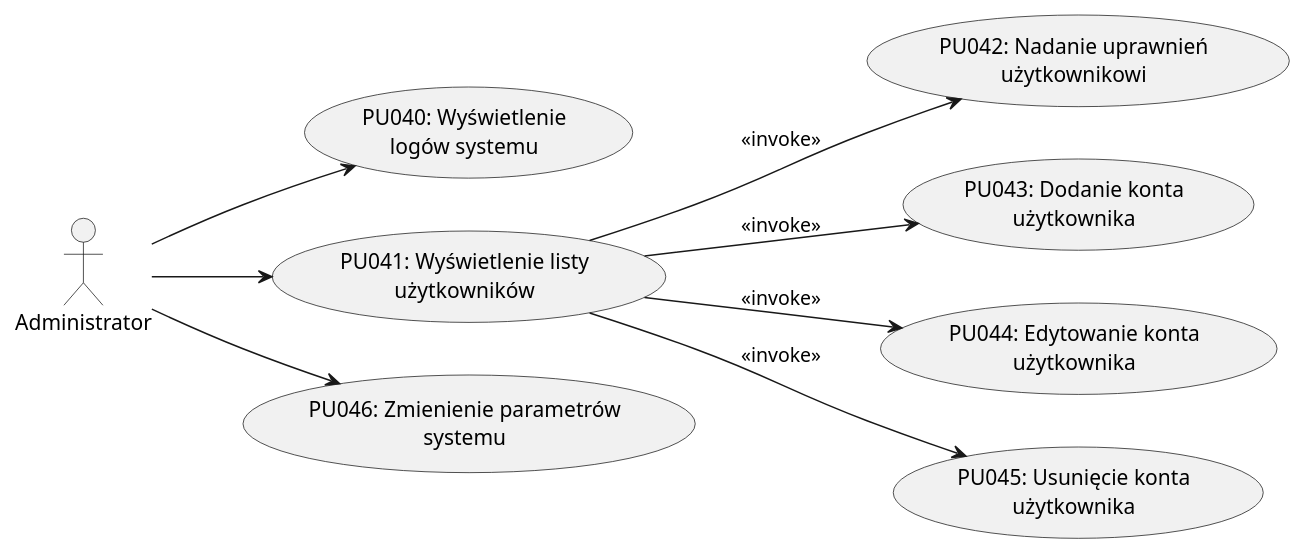
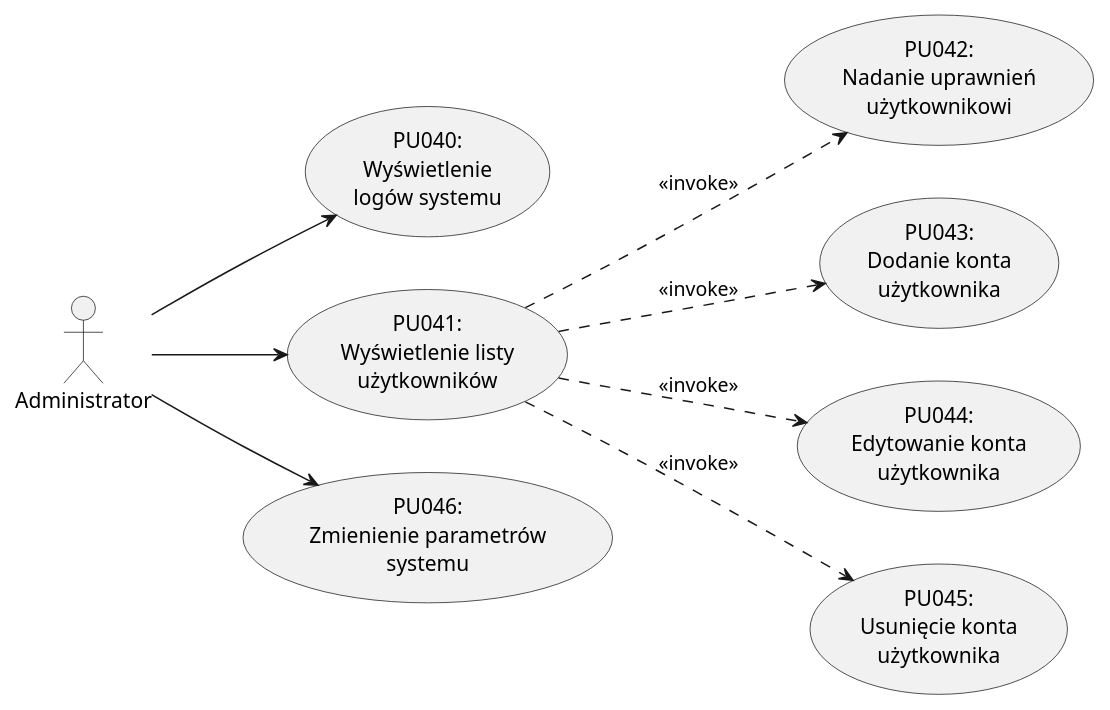
One commit to kokolodziejska/IWO changed the diagram in 4. Diagramy Przypadkow/Administrator.puml. Above: the diagram before and after it, drawn with PlantUML. The commit also changed 6 other files, not shown here.

```diff
--- a/4. Diagramy Przypadkow/Administrator.puml
+++ b/4. Diagramy Przypadkow/Administrator.puml
@@ -1,23 +1,23 @@
 @startuml Administrator
 left to right direction
 
 actor "Administrator" as Admin
 
-usecase "PU040: Wyświetlenie\nlogów systemu" as PU040
-usecase "PU041: Wyświetlenie listy\nużytkowników" as PU041
-usecase "PU042: Nadanie uprawnień\nużytkownikowi" as PU042
-usecase "PU043: Dodanie konta\nużytkownika" as PU043
-usecase "PU044: Edytowanie konta\nużytkownika" as PU044
-usecase "PU045: Usunięcie konta\nużytkownika" as PU045
-usecase "PU046: Zmienienie parametrów\nsystemu" as PU046
+usecase "PU040:\nWyświetlenie\nlogów systemu" as PU040
+usecase "PU041:\nWyświetlenie listy\nużytkowników" as PU041
+usecase "PU042:\nNadanie uprawnień\nużytkownikowi" as PU042
+usecase "PU043:\nDodanie konta\nużytkownika" as PU043
+usecase "PU044:\nEdytowanie konta\nużytkownika" as PU044
+usecase "PU045:\nUsunięcie konta\nużytkownika" as PU045
+usecase "PU046:\nZmienienie parametrów\nsystemu" as PU046
 
 Admin --> PU040
 Admin --> PU041
 Admin --> PU046
 
-PU041 --> PU042 : <<invoke>>
-PU041 --> PU043 : <<invoke>>
-PU041 --> PU044 : <<invoke>>
-PU041 --> PU045 : <<invoke>>
+PU041 ..> PU042 : <<invoke>>
+PU041 ..> PU043 : <<invoke>>
+PU041 ..> PU044 : <<invoke>>
+PU041 ..> PU045 : <<invoke>>
 
 @enduml
```
